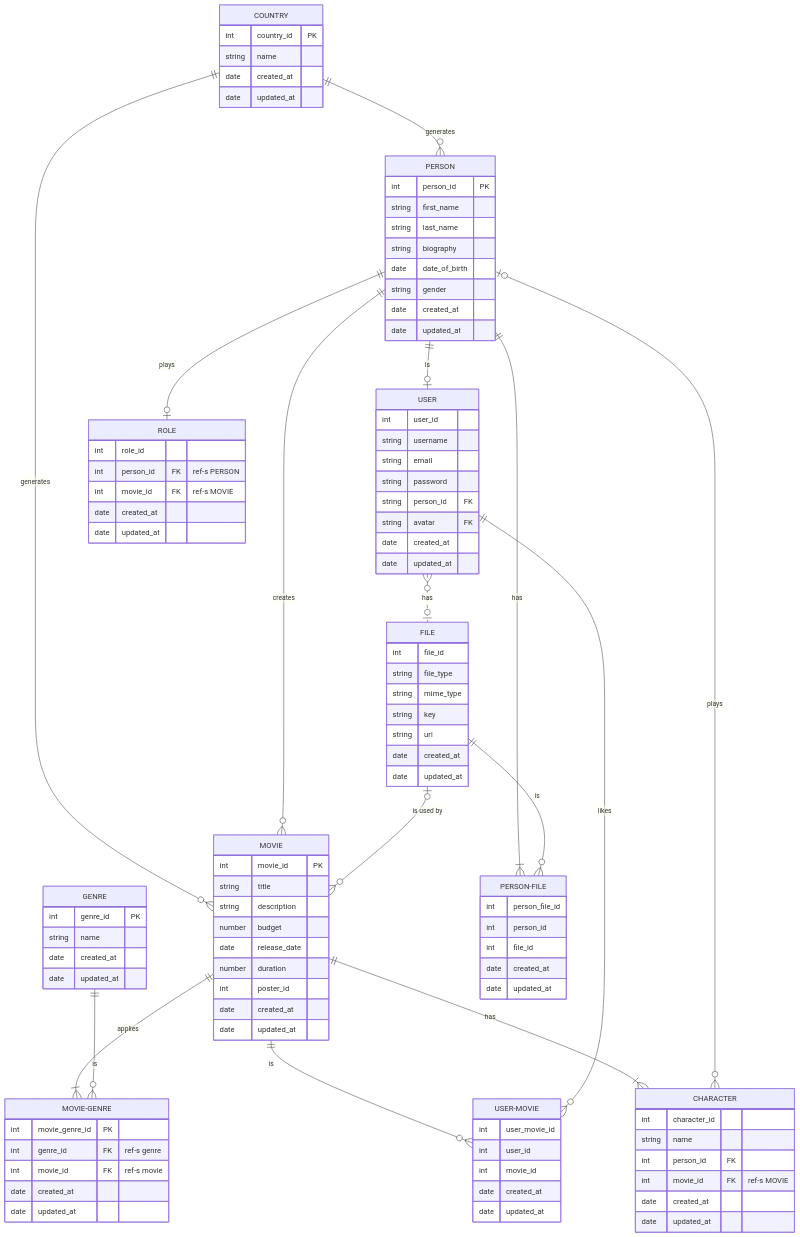
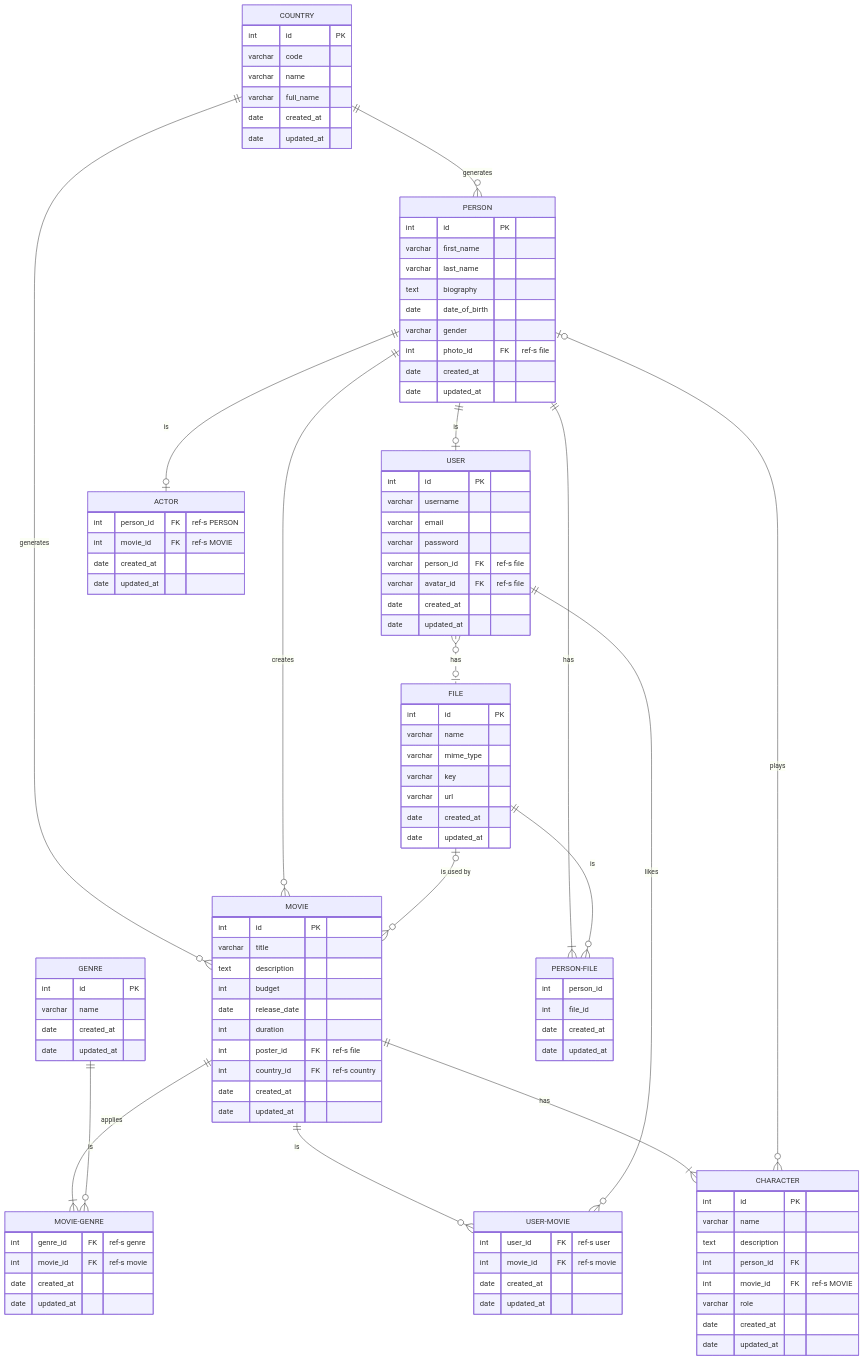
The diagram in README.md (Shcracoziabra/task-8_database_sql), drawn with Mermaid before and after one commit. The commit also changed other lines of this file, not shown here.

Commit message:
fix: * ER entities props

````diff
--- a/README.md
+++ b/README.md
@@ -1,100 +3,103 @@
 ```mermaid
 erDiagram
     MOVIE {
-        int movie_id PK
-        string title
-        string description
-        number budget
+        int id PK
+        varchar title
+        text description
+        int budget
         date release_date
-        number duration
-        int poster_id
+        int duration
+        int poster_id FK "ref-s file"
+        int country_id FK "ref-s country"
         date created_at
         date updated_at
     }
     PERSON {
-        int person_id PK
-        string first_name
-        string last_name
-        string biography
+        int id PK
+        varchar first_name 
+        varchar last_name 
+        text biography
         date date_of_birth
-        string gender
+        varchar gender 
+        int photo_id FK "ref-s file" 
         date created_at
         date updated_at
     }
     COUNTRY {
-        int country_id PK
-        string name
+        int id PK
+        varchar code
+        varchar name
+        varchar full_name
         date created_at
         date updated_at
     }
     GENRE {
-        int genre_id PK
-        string name
+        int id PK
+        varchar name
         date created_at
         date updated_at
     }
     MOVIE-GENRE {
-        int movie_genre_id PK
-        int genre_id FK "ref-s genre"
-        int movie_id FK "ref-s movie"
+        int genre_id FK "ref-s genre" 
+        int movie_id FK "ref-s movie" 
         date created_at
         date updated_at
     }
     
     USER {
-        int user_id
-        string username
-        string email
-        string password
-        string person_id FK
-        string avatar FK
+        int id PK
+        varchar username
+        varchar email
+        varchar password
+        varchar person_id FK "ref-s file"
+        varchar avatar_id FK "ref-s file"
         date created_at
         date updated_at
     }
-    ROLE {
-        int role_id
-        int person_id FK "ref-s PERSON"
-        int movie_id FK "ref-s MOVIE"
+    ACTOR {
+        int person_id FK "ref-s PERSON" 
+        int movie_id FK "ref-s MOVIE" 
         date created_at
         date updated_at
     }
     CHARACTER {
-        int character_id
-        string name
-        int person_id FK
-        int movie_id FK "ref-s MOVIE"
+        int id PK
+        varchar name 
+        text description
+        int person_id FK 
+        int movie_id FK "ref-s MOVIE" 
+        varchar role 
         date created_at
         date updated_at
     }
     FILE {
-        int file_id
-        string file_type
-        string mime_type
-        string key
-        string url
+        int id PK
+        varchar name
+        varchar mime_type
+        varchar key
+        varchar url
         date created_at
         date updated_at
     }
     USER-MOVIE {
-        int user_movie_id
-        int user_id
-        int movie_id
+        int user_id FK "ref-s user"
+        int movie_id FK "ref-s movie"
         date created_at
         date updated_at
     }
     PERSON-FILE {
-        int person_file_id
         int person_id
         int file_id
         date created_at
         date updated_at
     }
+    
     COUNTRY ||--o{ PERSON : generates
     COUNTRY ||--o{ MOVIE : generates
 
     PERSON ||--o{ MOVIE : creates
     PERSON ||--o| USER : is
-    PERSON ||--o| ROLE : plays
+    PERSON ||--o| ACTOR : is
     PERSON ||--|{ PERSON-FILE : has
 
     MOVIE ||--|{ MOVIE-GENRE : applies
````
